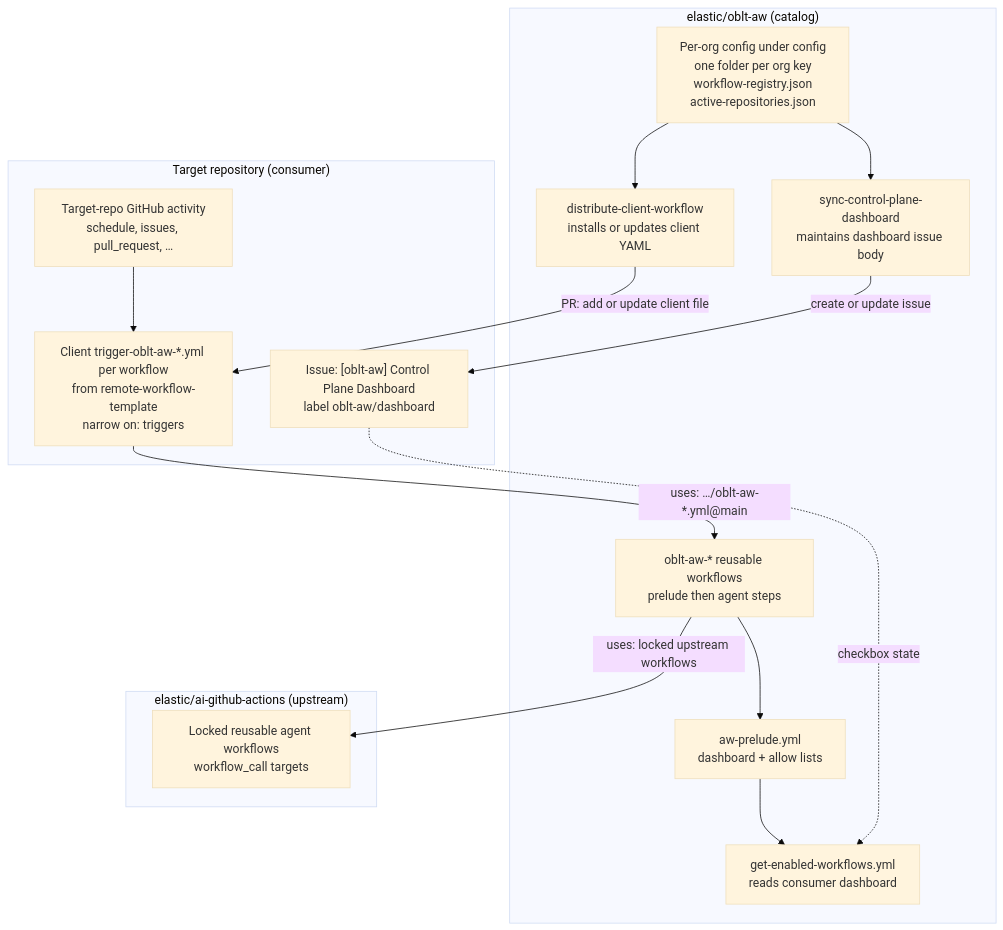
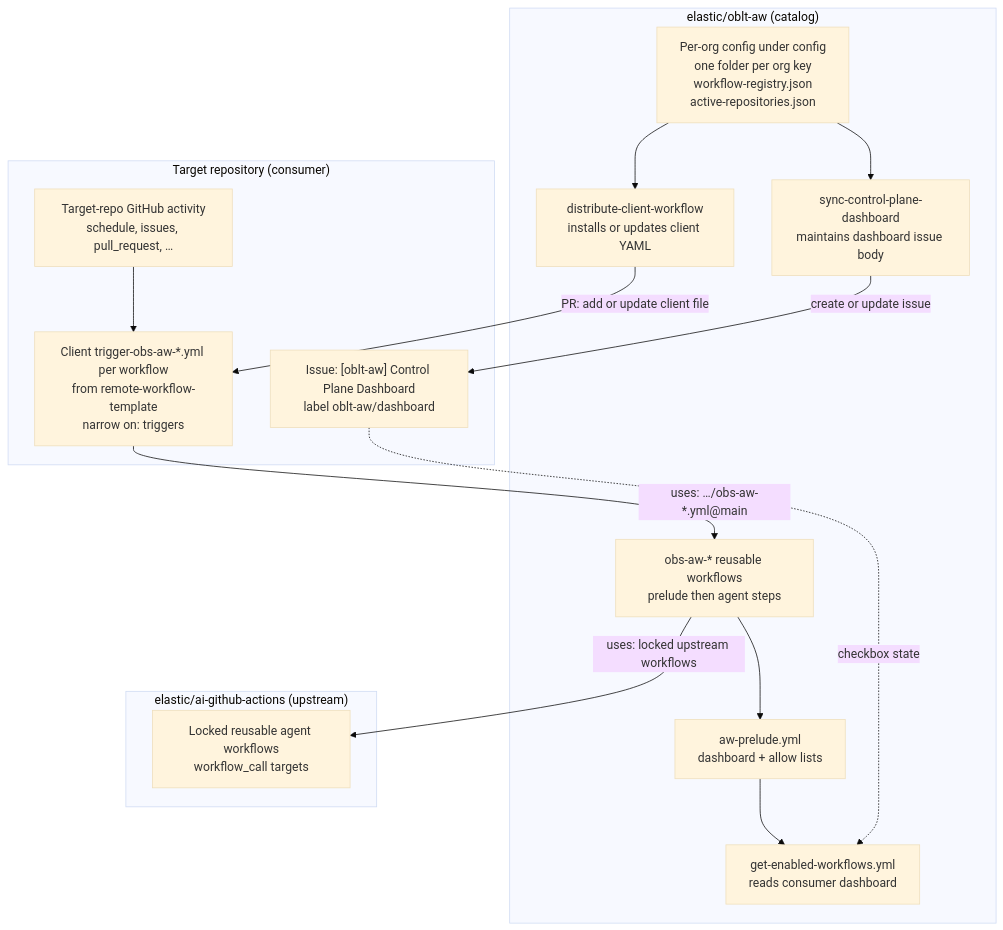
One commit to elastic/oblt-aw changed the first of 4 diagrams in docs/architecture/overview.md. Above: the diagram before and after it, drawn with Mermaid (base theme). The commit also changed other lines of this file and 151 other files, not shown here.

First line of the commit message:
Align Observability workflow org particle from oblt-aw to obs-aw.

````diff
--- a/docs/architecture/overview.md
+++ b/docs/architecture/overview.md
@@ -48,32 +48,32 @@
 ```mermaid
 flowchart TB
   subgraph OBLT["elastic/oblt-aw (catalog)"]
     CFG["Per-org config under config\none folder per org key\nworkflow-registry.json\nactive-repositories.json"]
     DIST["distribute-client-workflow\ninstalls or updates client YAML"]
     SYNC["sync-control-plane-dashboard\nmaintains dashboard issue body"]
     PRE["aw-prelude.yml\ndashboard + allow lists"]
     GET["get-enabled-workflows.yml\nreads consumer dashboard"]
-    GHA["oblt-aw-* reusable workflows\nprelude then agent steps"]
+    GHA["obs-aw-* reusable workflows\nprelude then agent steps"]
     CFG --> DIST
     CFG --> SYNC
     PRE --> GET
     GHA --> PRE
   end
 
   subgraph UP["elastic/ai-github-actions (upstream)"]
     LOCK["Locked reusable agent workflows\nworkflow_call targets"]
   end
 
   subgraph CON["Target repository (consumer)"]
     EVT["Target-repo GitHub activity\nschedule, issues, pull_request, …"]
-    CLIENT["Client trigger-oblt-aw-*.yml per workflow\nfrom remote-workflow-template\nnarrow on: triggers"]
+    CLIENT["Client trigger-obs-aw-*.yml per workflow\nfrom remote-workflow-template\nnarrow on: triggers"]
     DASH["Issue: [oblt-aw] Control Plane Dashboard\nlabel oblt-aw/dashboard"]
     EVT --> CLIENT
     DASH -.->|checkbox state| GET
   end
 
   DIST -->|PR: add or update client file| CLIENT
   SYNC -->|create or update issue| DASH
-  CLIENT -->|uses: …/oblt-aw-*.yml@main| GHA
+  CLIENT -->|uses: …/obs-aw-*.yml@main| GHA
   GHA -->|uses: locked upstream workflows| LOCK
 ```
````
